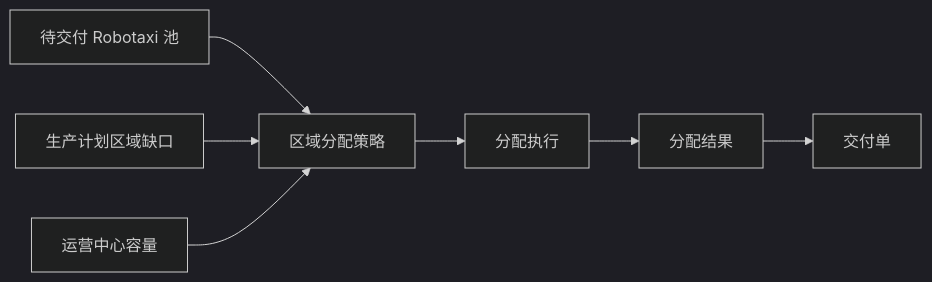
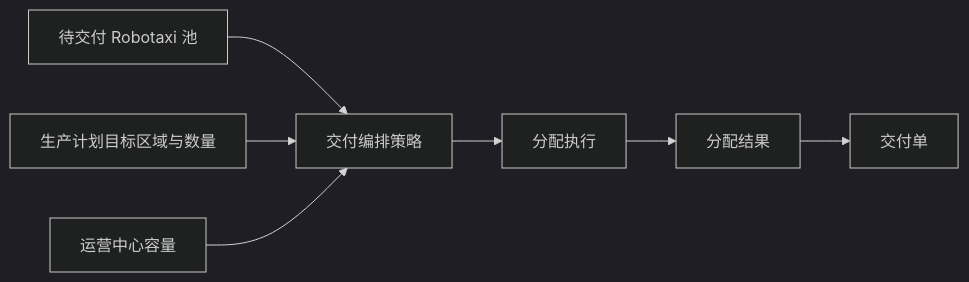
The diagram in doc/04-fleet-supply-management/03-fleet-allocation-strategy.md (Chizheng4/robotaxi), drawn with Mermaid (dark theme) before and after one commit. The commit also changed other lines of this file and 35 other files, not shown here.

````diff
--- a/doc/04-fleet-supply-management/03-fleet-allocation-strategy.md
+++ b/doc/04-fleet-supply-management/03-fleet-allocation-strategy.md
@@ -7,7 +7,7 @@
 ```mermaid
 flowchart LR
-  A["待交付 Robotaxi 池"] --> B["区域分配策略"]
-  C["生产计划区域缺口"] --> B
+  A["待交付 Robotaxi 池"] --> B["交付编排策略"]
+  C["生产计划目标区域与数量"] --> B
   D["运营中心容量"] --> B
   B --> E["分配执行"] --> F["分配结果"] --> G["交付单"]
 ```
````
